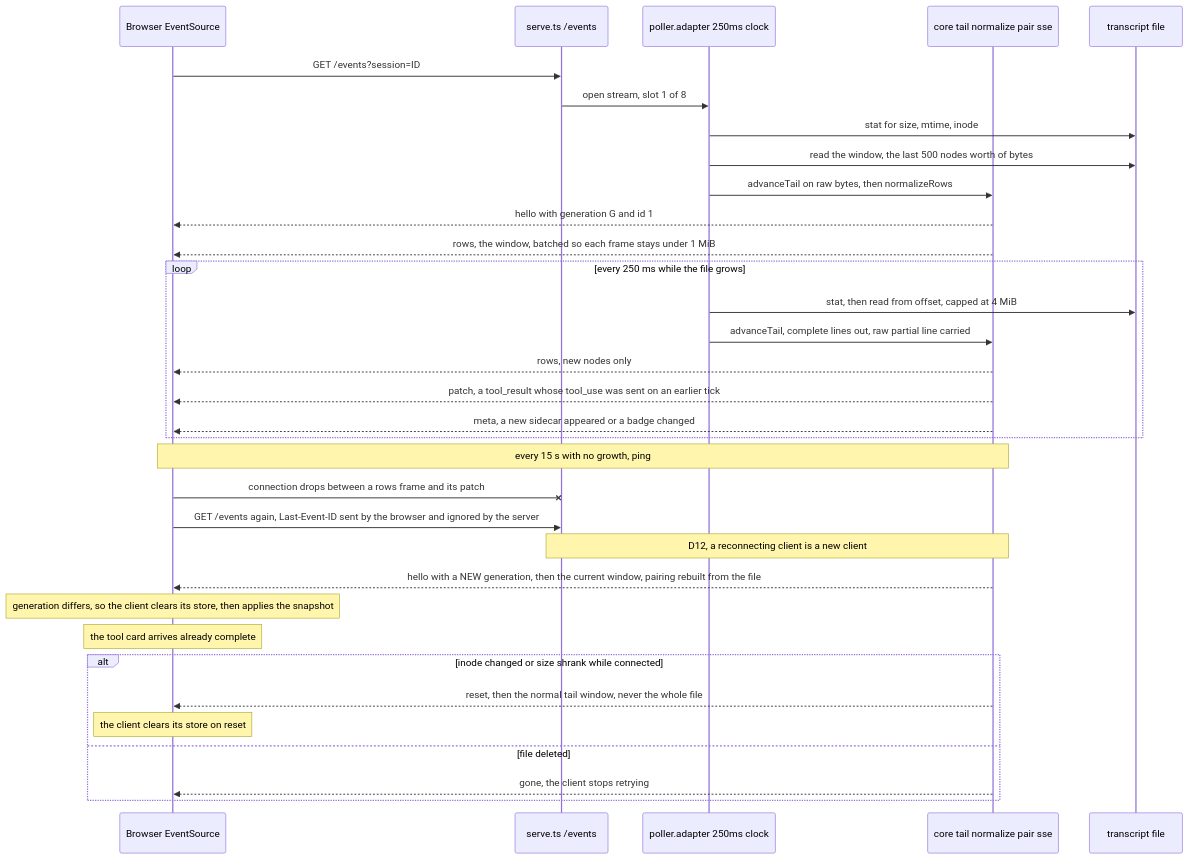
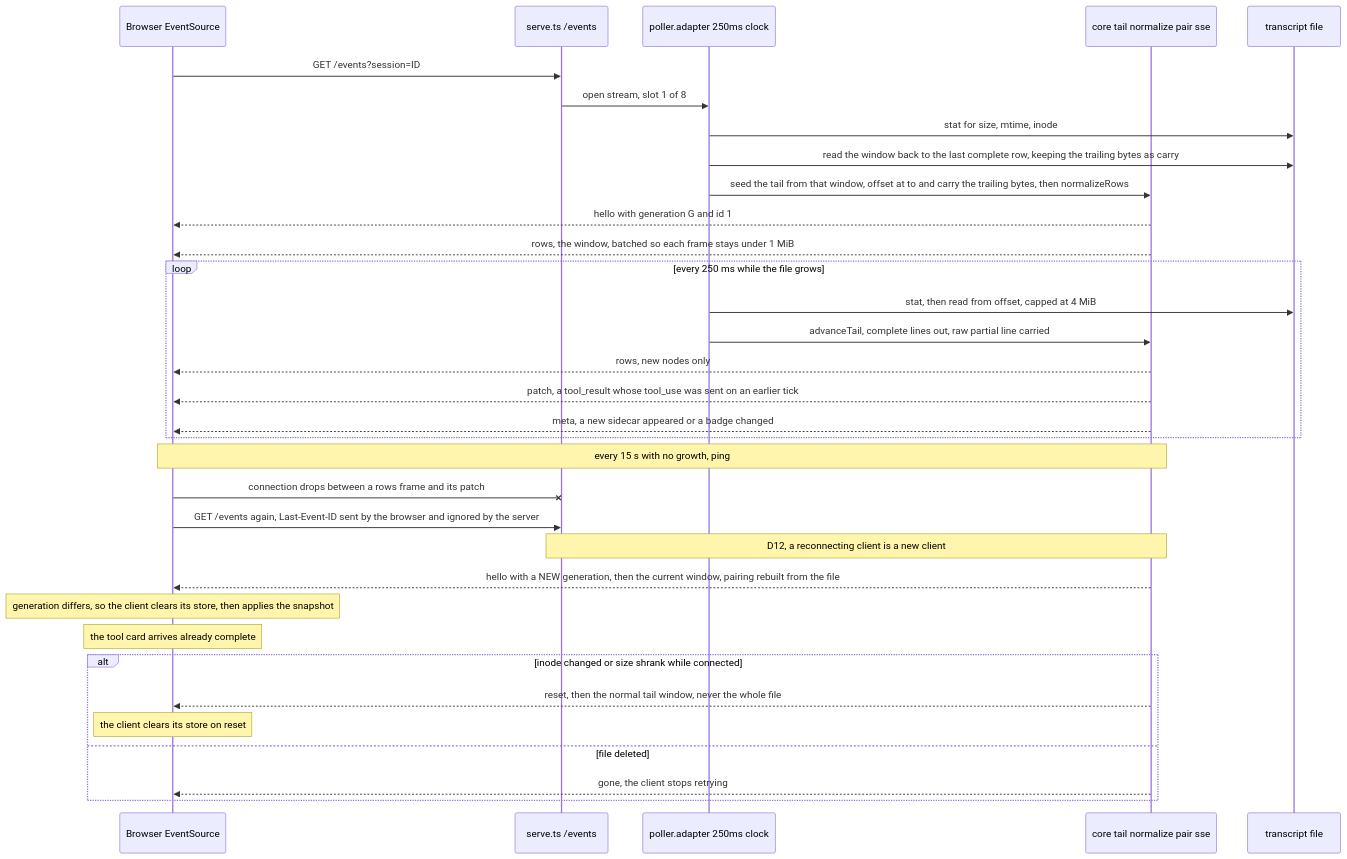
One commit to hieplam/tribe changed the second of 3 diagrams in docs/tribe/planning/viewer-consolidation/spec.md. Above: the diagram before and after it, drawn with Mermaid. The commit also changed other lines of this file and 1 other file, not shown here.

Commit message:
docs(viewer): spec and plan revision 13 (D30 partial trailing row + seeded tail state, D31 findWindow in core, mixed-row fixture, rung 4 restored, glossary fixes)

````diff
--- a/docs/tribe/planning/viewer-consolidation/spec.md
+++ b/docs/tribe/planning/viewer-consolidation/spec.md
@@ -1050,35 +1093,35 @@
 ```mermaid
 sequenceDiagram
   participant B as Browser EventSource
   participant S as serve.ts /events
   participant P as poller.adapter 250ms clock
   participant C as core tail normalize pair sse
   participant F as transcript file
   B->>S: GET /events?session=ID
   S->>P: open stream, slot 1 of 8
   P->>F: stat for size, mtime, inode
-  P->>F: read the window, the last 500 nodes worth of bytes
-  P->>C: advanceTail on raw bytes, then normalizeRows
+  P->>F: read the window back to the last complete row, keeping the trailing bytes as carry
+  P->>C: seed the tail from that window, offset at to and carry the trailing bytes, then normalizeRows
   C-->>B: hello with generation G and id 1
   C-->>B: rows, the window, batched so each frame stays under 1 MiB
   loop every 250 ms while the file grows
     P->>F: stat, then read from offset, capped at 4 MiB
     P->>C: advanceTail, complete lines out, raw partial line carried
     C-->>B: rows, new nodes only
     C-->>B: patch, a tool_result whose tool_use was sent on an earlier tick
     C-->>B: meta, a new sidecar appeared or a badge changed
   end
   Note over C,B: every 15 s with no growth, ping
   B-xS: connection drops between a rows frame and its patch
   B->>S: GET /events again, Last-Event-ID sent by the browser and ignored by the server
   Note over S,C: D12, a reconnecting client is a new client
   C-->>B: hello with a NEW generation, then the current window, pairing rebuilt from the file
   Note over B: generation differs, so the client clears its store, then applies the snapshot
   Note over B: the tool card arrives already complete
   alt inode changed or size shrank while connected
     C-->>B: reset, then the normal tail window, never the whole file
     Note over B: the client clears its store on reset
   else file deleted
     C-->>B: gone, the client stops retrying
   end
 ```
````
